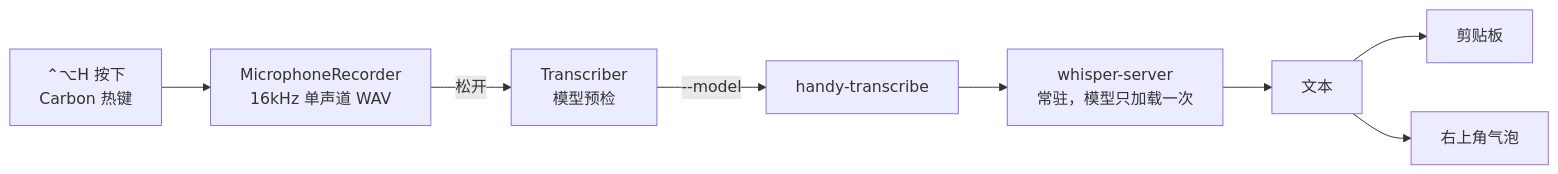
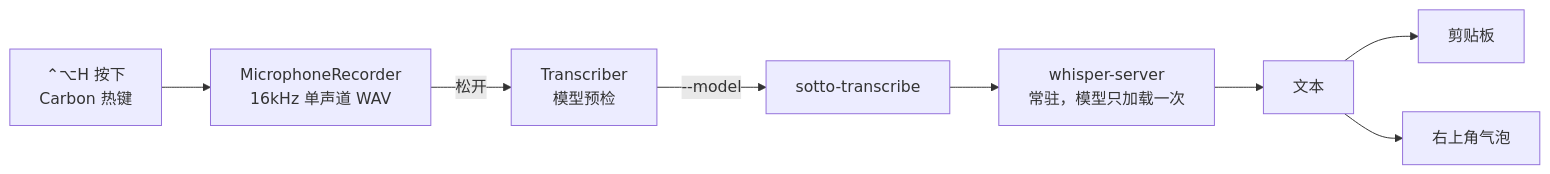
One commit to luogao/handy changed the diagram in README.md. Above: the diagram before and after it, drawn with Mermaid. The commit also changed other lines of this file and 40 other files, not shown here.

First line of the commit message:
rename: Handy → Sotto（撞名 cjpais/Handy 38k★，同赛道同名）

````diff
--- a/README.md
+++ b/README.md
@@ -92,10 +92,10 @@
 ```mermaid
 flowchart LR
     HK["⌃⌥H 按下<br/>Carbon 热键"] --> REC["MicrophoneRecorder<br/>16kHz 单声道 WAV"]
     REC -->|松开| TR["Transcriber<br/>模型预检"]
-    TR -->|"--model"| CLI["handy-transcribe"]
+    TR -->|"--model"| CLI["sotto-transcribe"]
     CLI --> SRV["whisper-server<br/>常驻，模型只加载一次"]
     SRV --> TXT["文本"]
     TXT --> CLIP["剪贴板"]
     TXT --> HUD["右上角气泡"]
 ```
````
